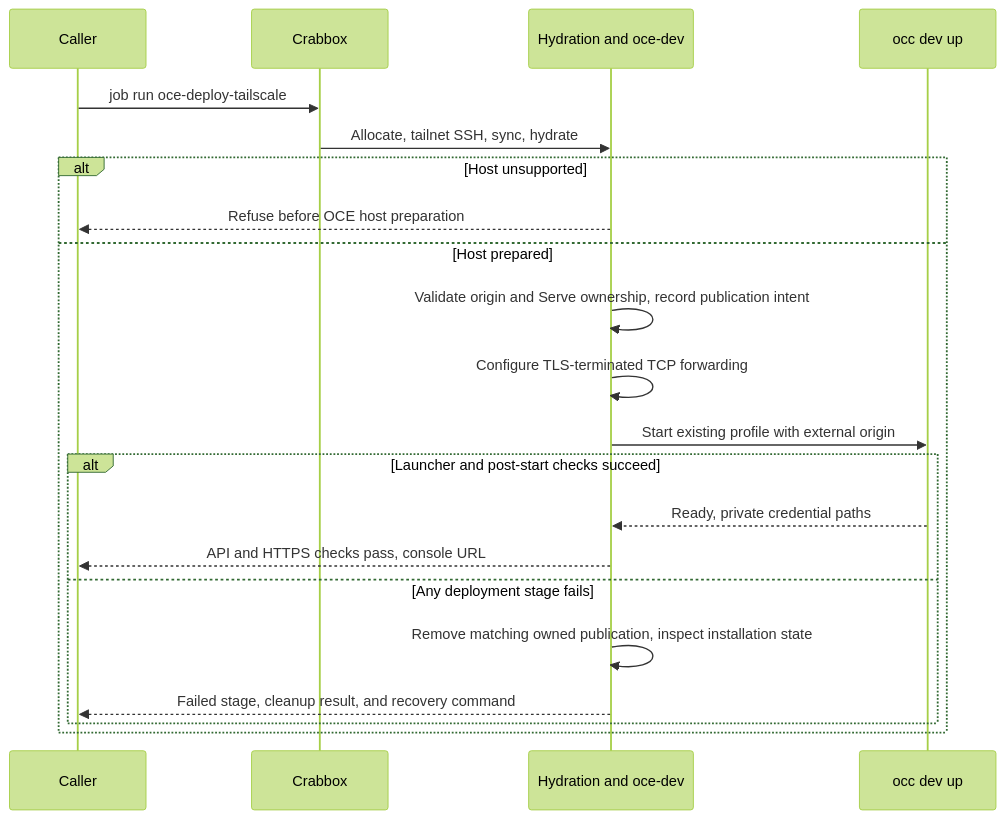
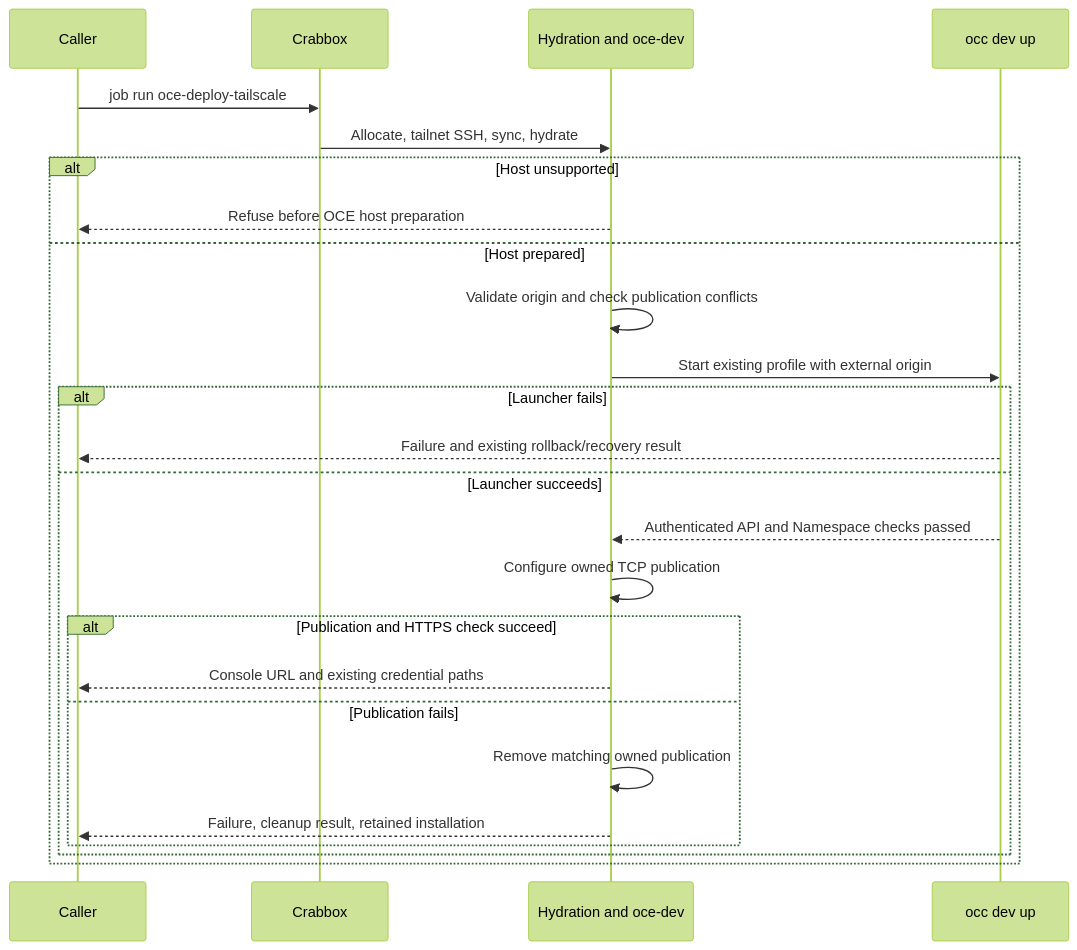
The diagram in specs/rfcs/0019-crabbox-oce-deployment.md (opencharly/openclaw-enterprise), drawn with Mermaid (forest theme) before and after one commit. The commit also changed other lines of this file and 1 other file, not shown here.

Commit message:
docs(specs): simplify Crabbox plan around existing deployment helpers

````diff
--- a/specs/rfcs/0019-crabbox-oce-deployment.md
+++ b/specs/rfcs/0019-crabbox-oce-deployment.md
@@ -153,23 +152,27 @@
 ```mermaid
 sequenceDiagram
   participant Caller
   participant Crabbox
   participant Script as Hydration and oce-dev
   participant Launcher as occ dev up
   Caller->>Crabbox: job run oce-deploy-tailscale
   Crabbox->>Script: Allocate, tailnet SSH, sync, hydrate
   alt Host unsupported
     Script-->>Caller: Refuse before OCE host preparation
   else Host prepared
-    Script->>Script: Validate origin and Serve ownership, record publication intent
-    Script->>Script: Configure TLS-terminated TCP forwarding
+    Script->>Script: Validate origin and check publication conflicts
     Script->>Launcher: Start existing profile with external origin
-    alt Launcher and post-start checks succeed
-      Launcher-->>Script: Ready, private credential paths
-      Script-->>Caller: API and HTTPS checks pass, console URL
-    else Any deployment stage fails
-      Script->>Script: Remove matching owned publication, inspect installation state
-      Script-->>Caller: Failed stage, cleanup result, and recovery command
+    alt Launcher fails
+      Launcher-->>Caller: Failure and existing rollback/recovery result
+    else Launcher succeeds
+      Launcher-->>Script: Authenticated API and Namespace checks passed
+      Script->>Script: Configure owned TCP publication
+      alt Publication and HTTPS check succeed
+        Script-->>Caller: Console URL and existing credential paths
+      else Publication fails
+        Script->>Script: Remove matching owned publication
+        Script-->>Caller: Failure, cleanup result, retained installation
+      end
     end
   end
 ```
````
